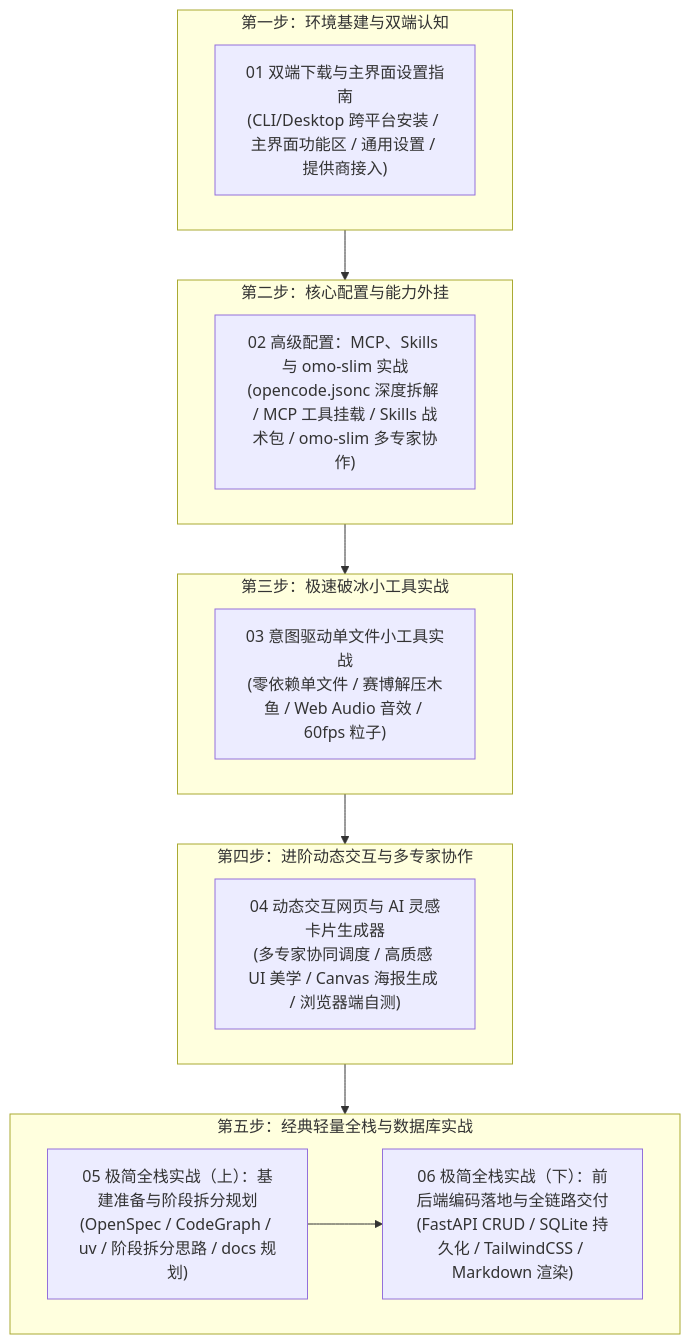
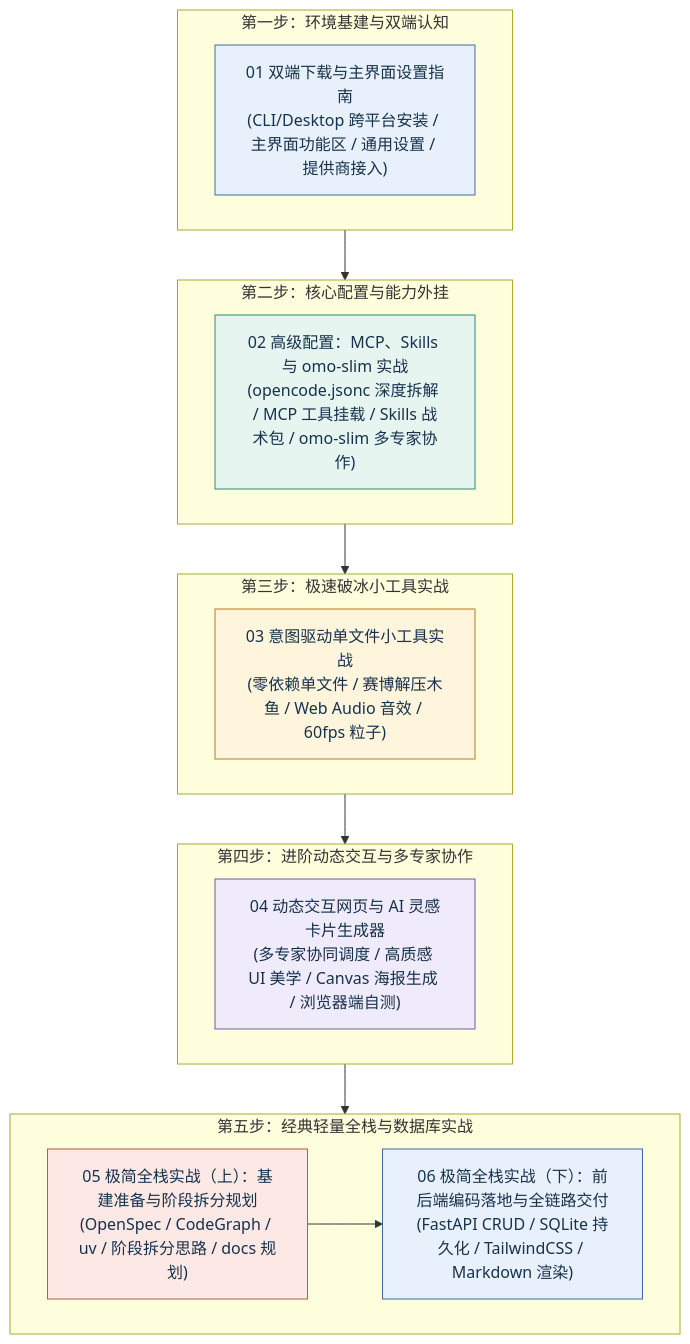
One commit to buffer121328/vibe-coding-and-agents changed the diagram in 05_OpenCode实战/img/diagrams/overview-diagram-01.mmd. Above: the diagram before and after it, drawn with Mermaid. The commit also changed 131 other files, not shown here.

Commit message:
docs: 润色第四至第六章正文与图表

```diff
--- a/05_OpenCode实战/img/diagrams/overview-diagram-01.mmd
+++ b/05_OpenCode实战/img/diagrams/overview-diagram-01.mmd
@@ -1,27 +1,35 @@
 graph TD
     subgraph Step1 ["第一步：环境基建与双端认知"]
         A1["01 双端下载与主界面设置指南\n(CLI/Desktop 跨平台安装 / 主界面功能区 / 通用设置 / 提供商接入)"]
     end
 
     subgraph Step2 ["第二步：核心配置与能力外挂"]
         B1["02 高级配置：MCP、Skills 与 omo-slim 实战\n(opencode.jsonc 深度拆解 / MCP 工具挂载 / Skills 战术包 / omo-slim 多专家协作)"]
     end
 
     subgraph Step3 ["第三步：极速破冰小工具实战"]
         C1["03 意图驱动单文件小工具实战\n(零依赖单文件 / 赛博解压木鱼 / Web Audio 音效 / 60fps 粒子)"]
     end
 
     subgraph Step4 ["第四步：进阶动态交互与多专家协作"]
         D1["04 动态交互网页与 AI 灵感卡片生成器\n(多专家协同调度 / 高质感 UI 美学 / Canvas 海报生成 / 浏览器端自测)"]
     end
 
     subgraph Step5 ["第五步：经典轻量全栈与数据库实战"]
         E1["05 极简全栈实战（上）：基建准备与阶段拆分规划\n(OpenSpec / CodeGraph / uv / 阶段拆分思路 / docs 规划)"]
         E2["06 极简全栈实战（下）：前后端编码落地与全链路交付\n(FastAPI CRUD / SQLite 持久化 / TailwindCSS / Markdown 渲染)"]
         E1 --> E2
     end
 
     Step1 --> Step2
     Step2 --> Step3
     Step3 --> Step4
     Step4 --> Step5
+
+%% Academic palette: restrained blue, teal, gold, violet, and coral accents.
+style A1 fill:#E8F1FB,stroke:#3A6EA5,color:#17324D
+style B1 fill:#E7F5F1,stroke:#2B8A78,color:#17324D
+style C1 fill:#FFF4DC,stroke:#B47A1F,color:#17324D
+style D1 fill:#F0EBFA,stroke:#7357A6,color:#17324D
+style E1 fill:#FCE9E6,stroke:#B65C4A,color:#17324D
+style E2 fill:#E8F1FB,stroke:#3A6EA5,color:#17324D
```
